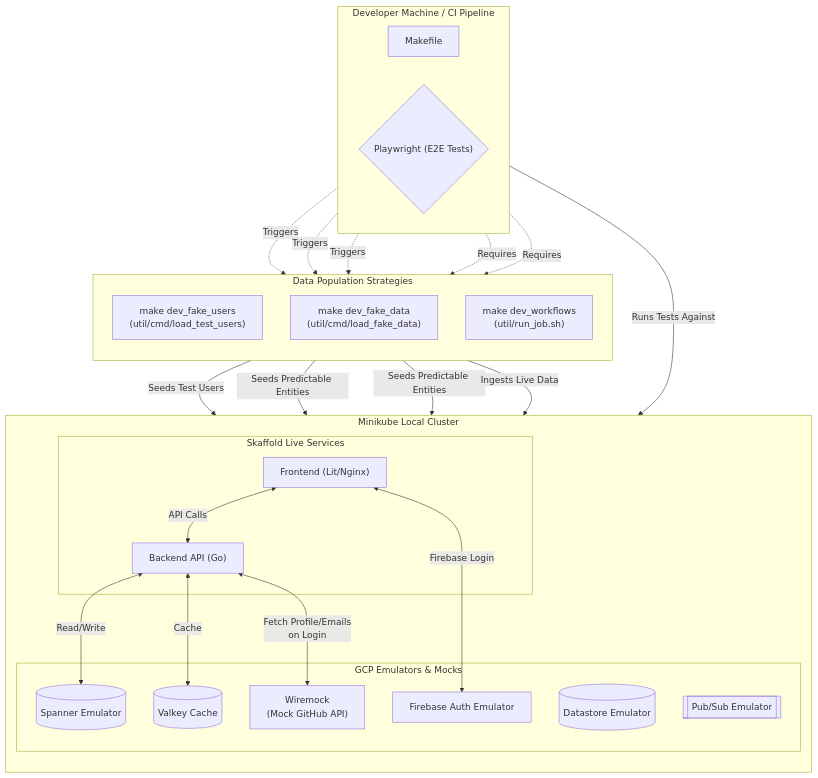
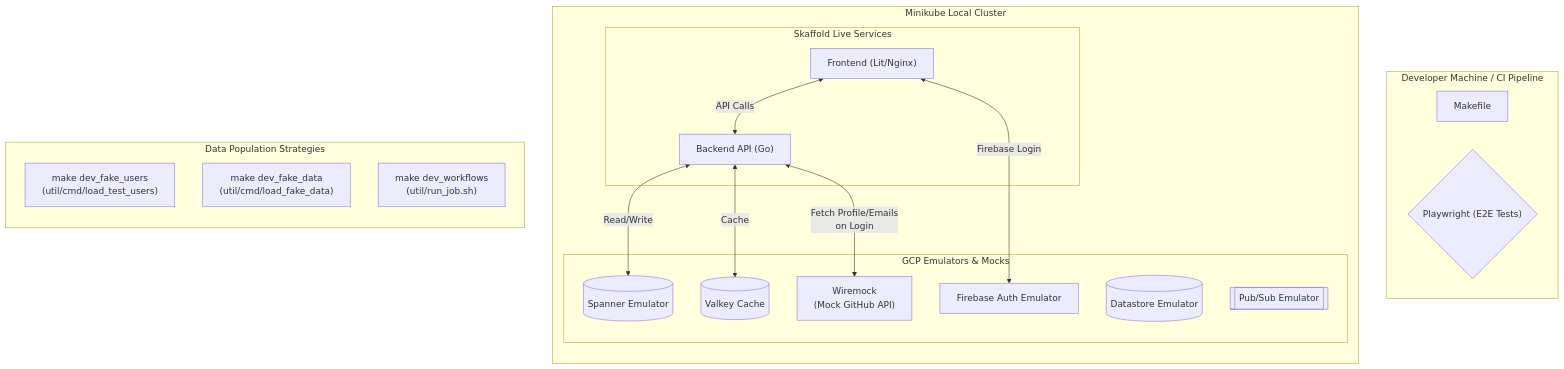
One commit to GoogleChrome/webstatus.dev changed the seventh of 8 diagrams in docs/ARCHITECTURE.md. Above: the diagram before and after it, drawn with Mermaid. The commit also changed other lines of this file and 21 other files, not shown here.

First line of the commit message:
docs: update architecture and skill documentation

````diff
--- a/docs/ARCHITECTURE.md
+++ b/docs/ARCHITECTURE.md
@@ -175,72 +359,39 @@
 ```mermaid
 flowchart TD
     subgraph Dev_Machine ["Developer Machine / CI Pipeline"]
         direction LR
         Make["Makefile"]
         Playwright{"Playwright (E2E Tests)"}
     end
 
     subgraph Minikube ["Minikube Local Cluster"]
         direction TB
 
         subgraph Live_Services ["Skaffold Live Services"]
             FE["Frontend (Lit/Nginx)"]
             BE["Backend API (Go)"]
         end
 
         subgraph Emulators ["GCP Emulators & Mocks"]
             Spanner[(Spanner Emulator)]
             DS[(Datastore Emulator)]
             Auth["Firebase Auth Emulator"]
-            WM["Wiremock
-(Mock GitHub API)"]
+            WM["Wiremock<br/>(Mock GitHub API)"]
             Valkey[(Valkey Cache)]
             PS[[Pub/Sub Emulator]]
         end
 
         FE <-->|API Calls| BE
         FE <-->|Firebase Login| Auth
         BE <-->|Read/Write| Spanner
         BE <-->|Cache| Valkey
-        BE <-->|Fetch Profile/Emails
-on Login| WM
+        BE <-->|Fetch Profile/Emails<br/>on Login| WM
     end
 
     subgraph Data_Population ["Data Population Strategies"]
         direction TB
-        FakeUsers["make dev_fake_users
-(util/cmd/load_test_users)"]
-        FakeData["make dev_fake_data
-(util/cmd/load_fake_data)"]
-        RealFlows["make dev_workflows
-(util/run_job.sh)"]
+        FakeUsers["make dev_fake_users<br/>(util/cmd/load_test_users)"]
+        FakeData["make dev_fake_data<br/>(util/cmd/load_fake_data)"]
+        RealFlows["make dev_workflows<br/>(util/run_job.sh)"]
     end
-
-    %% Makefile connections
-    Make -.->|Triggers| FakeUsers
-    Make -.->|Triggers| FakeData
-    Make -.->|Triggers| RealFlows
-
-    %% Population flows
-    FakeUsers -->|Seeds Test Users| Auth
-    FakeData -->|Seeds Predictable Entities| Spanner
-    FakeData -->|Seeds Predictable Entities| DS
-    RealFlows -->|Ingests Live Data| Spanner
-
-    %% Testing flows
-    Playwright -.->|Requires| FakeData
-    Playwright -.->|Requires| FakeUsers
-    Playwright -->|Runs Tests Against| FE
-
-    %% Clickable Links
-    click Make "https://github.com/GoogleChrome/webstatus.dev/tree/main/Makefile" "Go to Makefile"
-    click Playwright "https://github.com/GoogleChrome/webstatus.dev/tree/main/e2e/tests/" "Go to E2E Playwright Tests"
-    click FE "https://github.com/GoogleChrome/webstatus.dev/tree/main/frontend/src/" "Go to Frontend Source"
-    click BE "https://github.com/GoogleChrome/webstatus.dev/tree/main/backend/pkg/httpserver/" "Go to Backend Handlers"
-    click Spanner "https://github.com/GoogleChrome/webstatus.dev/tree/main/.dev/spanner/" "Spanner Emulator Setup"
-    click WM "https://github.com/GoogleChrome/webstatus.dev/tree/main/.dev/wiremock/" "Wiremock Configuration"
-    click Auth "https://github.com/GoogleChrome/webstatus.dev/tree/main/.dev/auth/" "Firebase Auth Emulator Setup"
-    click FakeUsers "https://github.com/GoogleChrome/webstatus.dev/tree/main/util/cmd/load_test_users/" "Go to load_test_users Source"
-    click FakeData "https://github.com/GoogleChrome/webstatus.dev/tree/main/util/cmd/load_fake_data/" "Go to load_fake_data Source"
-    click RealFlows "https://github.com/GoogleChrome/webstatus.dev/tree/main/util/run_job.sh" "Go to run_job.sh"
 ```
````
